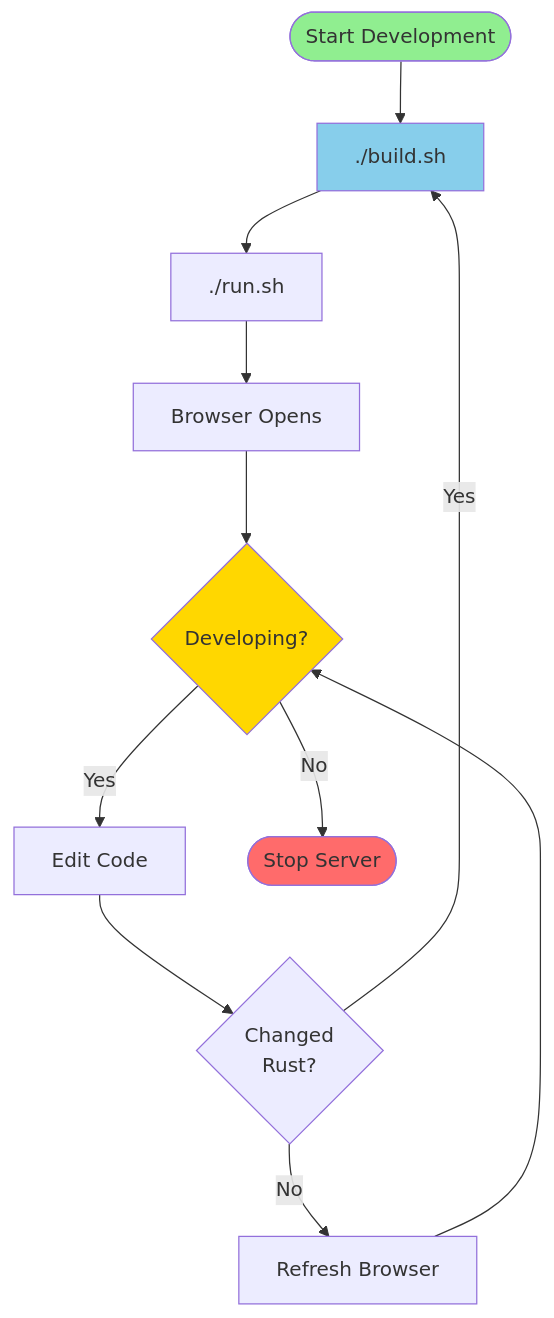
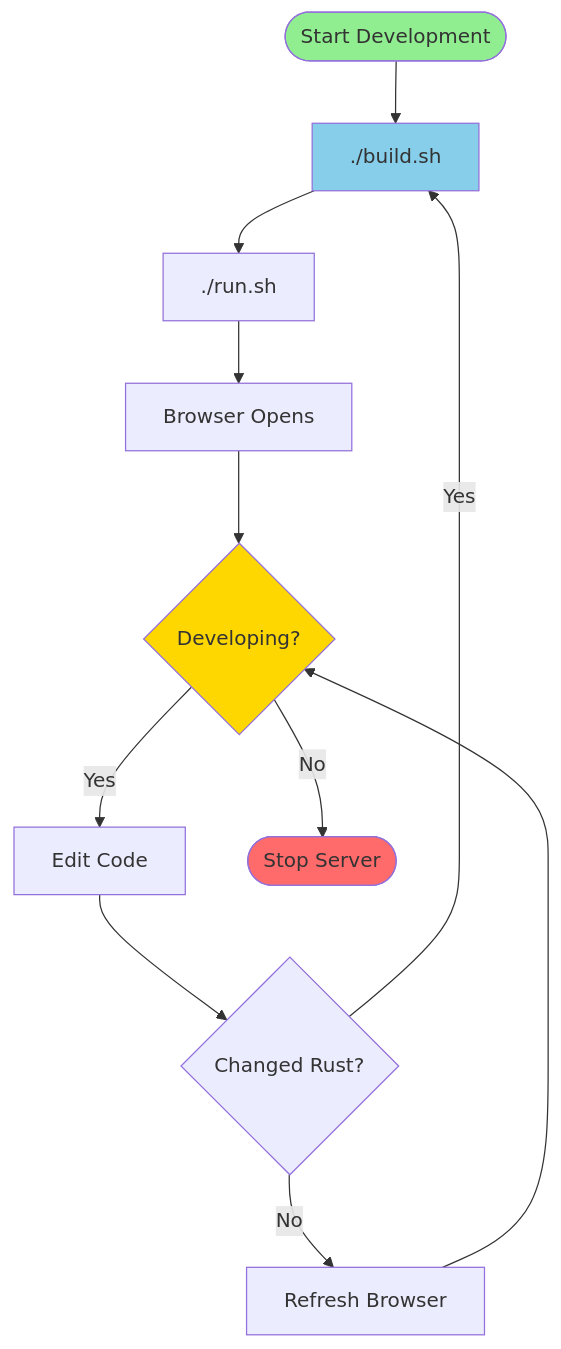
Before and after one commit to softwarewrighter/shut_the_box: the second of 4 diagrams in wiki/Build-and-Development.md, drawn with Mermaid. The commit also changed other lines of this file and 5 other files, not shown here.

````diff
--- a/wiki/Build-and-Development.md
+++ b/wiki/Build-and-Development.md
@@ -98,21 +98,21 @@
 ```mermaid
 flowchart TD
     START([Start Development]) --> BUILD[./build.sh]
     BUILD --> RUN[./run.sh]
     RUN --> BROWSER[Browser Opens]
     BROWSER --> DEVELOP{Developing?}
 
     DEVELOP -->|Yes| EDIT[Edit Code]
-    EDIT --> REBUILD{Changed<br/>Rust?}
+    EDIT --> REBUILD{Changed Rust?}
 
     REBUILD -->|Yes| BUILD
     REBUILD -->|No| REFRESH[Refresh Browser]
     REFRESH --> DEVELOP
 
     DEVELOP -->|No| STOP([Stop Server])
 
     style START fill:#90ee90
     style BUILD fill:#87ceeb
     style DEVELOP fill:#ffd700
     style STOP fill:#ff6b6b
 ```
````
